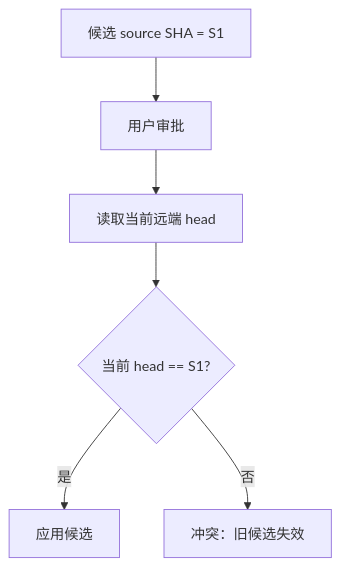
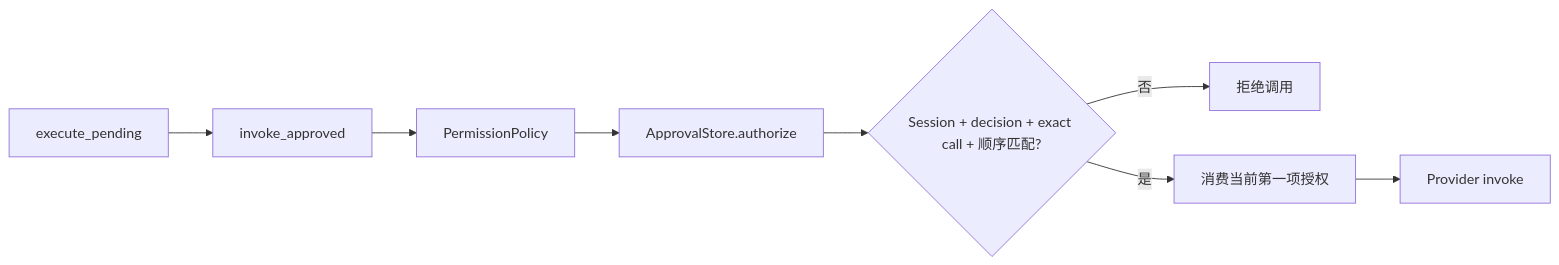
Before and after one commit to Arthur999459up/GitAgent: the ninth of 19 diagrams in docs/08-approval-and-remote-mutations.md, drawn with Mermaid. The commit also changed other lines of this file and 3 other files, not shown here.

````diff
--- a/docs/08-approval-and-remote-mutations.md
+++ b/docs/08-approval-and-remote-mutations.md
@@ -162,8 +409,10 @@
 ```mermaid
-flowchart TD
-    C[候选 source SHA = S1] --> A[用户审批]
-    A --> H[读取当前远端 head]
-    H --> X{当前 head == S1?}
-    X -->|是| W[应用候选]
-    X -->|否| R[冲突：旧候选失效]
+flowchart LR
+    A[execute_pending] --> B[invoke_approved]
+    B --> C[PermissionPolicy]
+    C --> D[ApprovalStore.authorize]
+    D --> E{Session + decision + exact call + 顺序匹配?}
+    E -->|否| F[拒绝调用]
+    E -->|是| G[消费当前第一项授权]
+    G --> H[Provider invoke]
 ```
````
